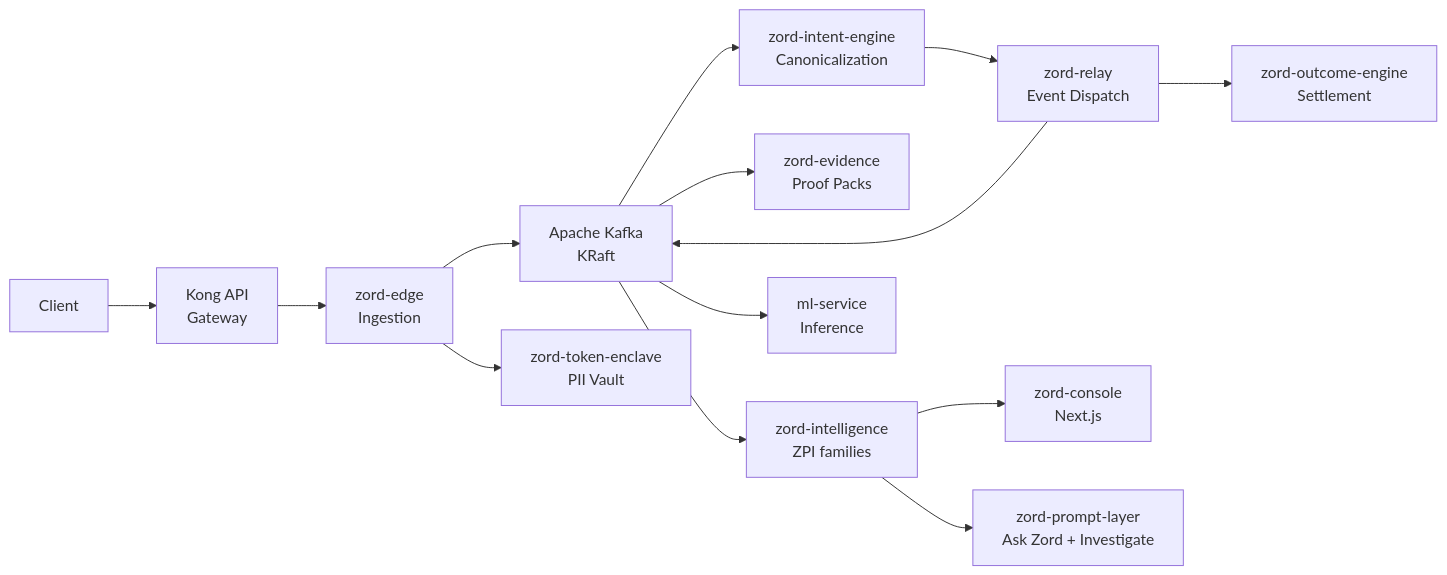
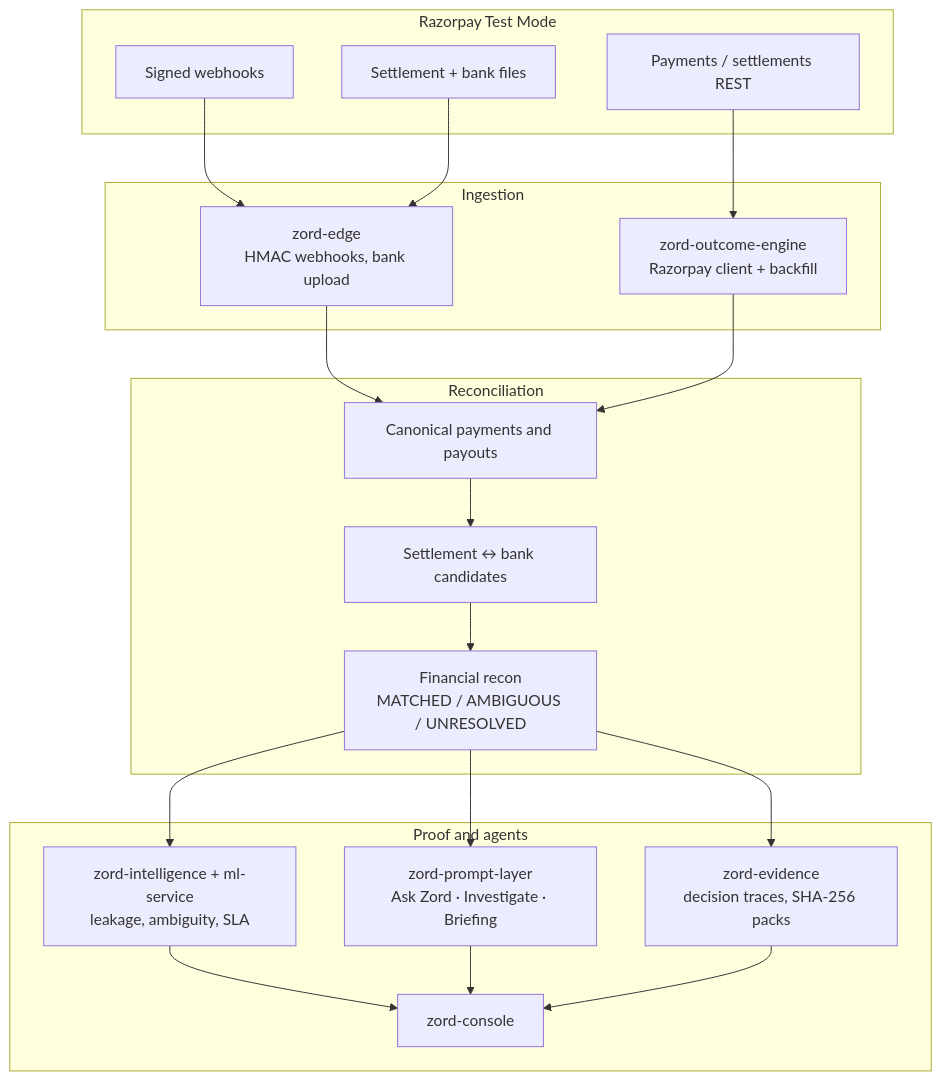
One commit to swaroopt14/razorpay-reconciliation changed the diagram in README.md. Above: the diagram before and after it, drawn with Mermaid. The commit also changed other lines of this file, not shown here.

First line of the commit message:
Rewrite README as a Razorpay recon product page.

````diff
--- a/README.md
+++ b/README.md
@@ -158,30 +50,40 @@
 ```mermaid
-flowchart LR
-    Client["Client"]
-    Kong["Kong API<br/>Gateway"]
-    Edge["zord-edge<br/>Ingestion"]
-    Intent["zord-intent-engine<br/>Canonicalization"]
-    Relay["zord-relay<br/>Event Dispatch"]
-    Kafka["Apache Kafka<br/>KRaft"]
-    Outcome["zord-outcome-engine<br/>Settlement"]
-    Evidence["zord-evidence<br/>Proof Packs"]
-    Intel["zord-intelligence<br/>ZPI families"]
-    ML["ml-service<br/>Inference"]
-    Console["zord-console<br/>Next.js"]
-    Prompt["zord-prompt-layer<br/>Ask Zord + Investigate"]
-    Token["zord-token-enclave<br/>PII Vault"]
+flowchart TB
+    subgraph razorpay [Razorpay Test Mode]
+        API["Payments / settlements REST"]
+        WH["Signed webhooks"]
+        Files["Settlement + bank files"]
+    end
 
-    Client --> Kong
-    Kong --> Edge
-    Edge --> Kafka
-    Kafka --> Intent
-    Intent --> Relay
-    Relay --> Outcome
-    Relay --> Kafka
-    Kafka --> Evidence
-    Kafka --> Intel
-    Kafka --> ML
+    subgraph ingest [Ingestion]
+        Edge["zord-edge<br/>HMAC webhooks, bank upload"]
+        OutcomePoll["zord-outcome-engine<br/>Razorpay client + backfill"]
+    end
+
+    subgraph recon [Reconciliation]
+        Canonical["Canonical payments and payouts"]
+        SettleBank["Settlement ↔ bank candidates"]
+        Finance["Financial recon<br/>MATCHED / AMBIGUOUS / UNRESOLVED"]
+    end
+
+    subgraph prove [Proof and agents]
+        Evidence["zord-evidence<br/>decision traces, SHA-256 packs"]
+        Prompt["zord-prompt-layer<br/>Ask Zord · Investigate · Briefing"]
+        Intel["zord-intelligence + ml-service<br/>leakage, ambiguity, SLA"]
+        Console["zord-console"]
+    end
+
+    API --> OutcomePoll
+    WH --> Edge
+    Files --> Edge
+    Edge --> Canonical
+    OutcomePoll --> Canonical
+    Canonical --> SettleBank
+    SettleBank --> Finance
+    Finance --> Evidence
+    Finance --> Prompt
+    Finance --> Intel
     Intel --> Console
-    Intel --> Prompt
-    Edge --> Token
+    Prompt --> Console
+    Evidence --> Console
 ```
````
